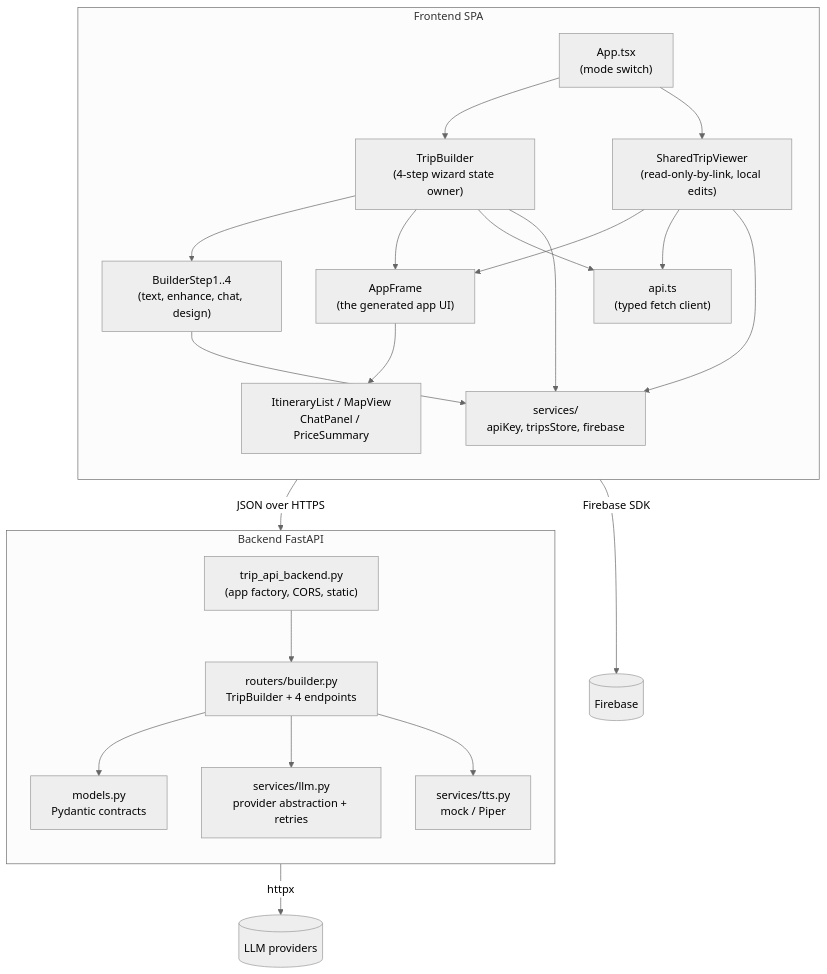
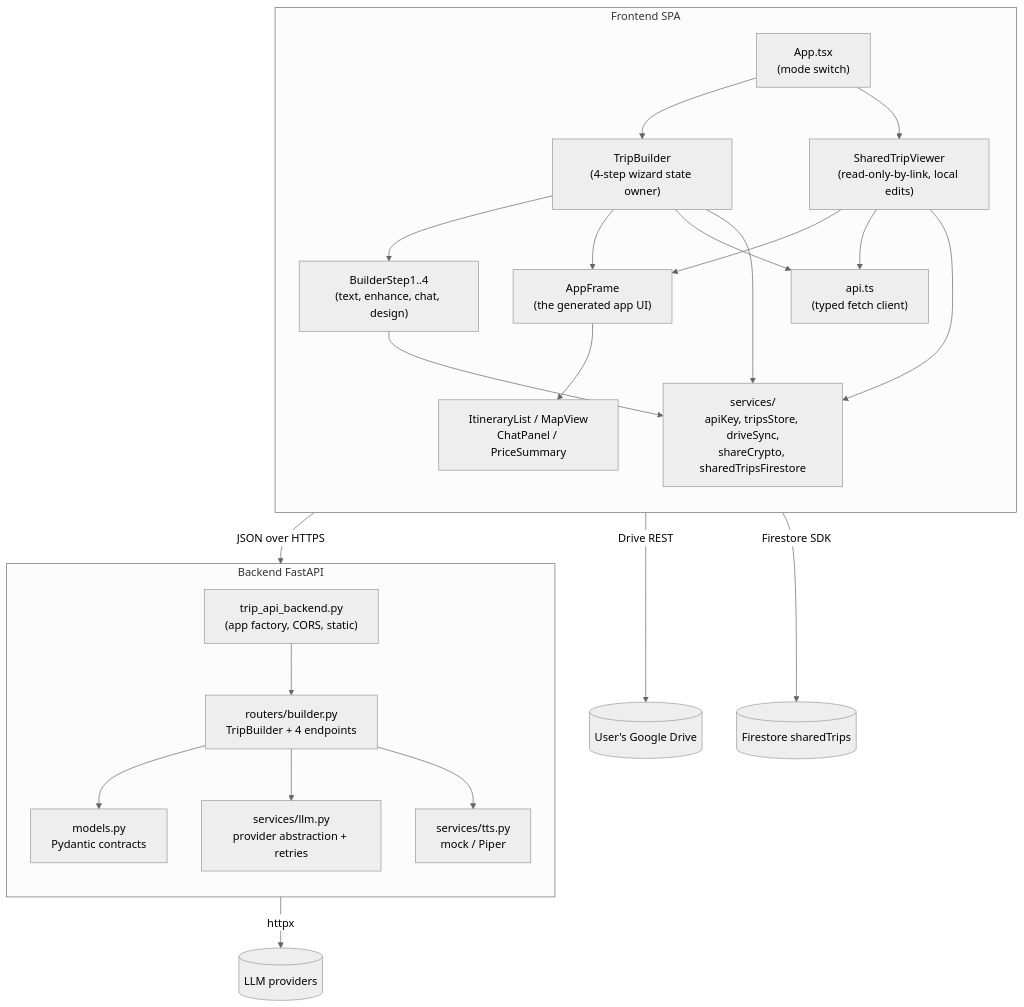
Before and after one commit to joka-7/AppMyTrip: the second of 5 diagrams in docs/HLD.md, drawn with Mermaid (neutral theme). The commit also changed other lines of this file and 39 other files, not shown here.

First line of the commit message:
feat(storage)!: keep trips in the user's Drive and encrypt share links

````diff
--- a/docs/HLD.md
+++ b/docs/HLD.md
@@ -78,39 +82,40 @@
 ```mermaid
 flowchart TB
     subgraph FE [Frontend SPA]
         direction TB
         AppRoot["App.tsx\n(mode switch)"]
         TB["TripBuilder\n(4-step wizard state owner)"]
         STV["SharedTripViewer\n(read-only-by-link, local edits)"]
         Steps["BuilderStep1..4\n(text, enhance, chat, design)"]
         Frame["AppFrame\n(the generated app UI)"]
         subViews["ItineraryList / MapView\nChatPanel / PriceSummary"]
         ApiClient["api.ts\n(typed fetch client)"]
-        Stores["services/\napiKey, tripsStore, firebase"]
+        Stores["services/\napiKey, tripsStore, driveSync,\nshareCrypto, sharedTripsFirestore"]
 
         AppRoot --> TB --> Steps
         AppRoot --> STV
         TB --> Frame
         STV --> Frame
         Frame --> subViews
         TB & STV --> ApiClient
         TB & STV & Steps --> Stores
     end
 
     subgraph BE [Backend FastAPI]
         direction TB
         Appf["trip_api_backend.py\n(app factory, CORS, static)"]
         Router["routers/builder.py\nTripBuilder + 4 endpoints"]
         Models["models.py\nPydantic contracts"]
         LLMSvc["services/llm.py\nprovider abstraction + retries"]
         TTSSvc["services/tts.py\nmock / Piper"]
 
         Appf --> Router --> Models
         Router --> LLMSvc
         Router --> TTSSvc
     end
 
     ApiClient -->|JSON over HTTPS| Router
-    Stores -->|Firebase SDK| Firebase[(Firebase)]
+    Stores -->|Drive REST| Drive[(User's Google Drive)]
+    Stores -->|Firestore SDK| Firestore[(Firestore sharedTrips)]
     LLMSvc -->|httpx| Providers[(LLM providers)]
 ```
````
